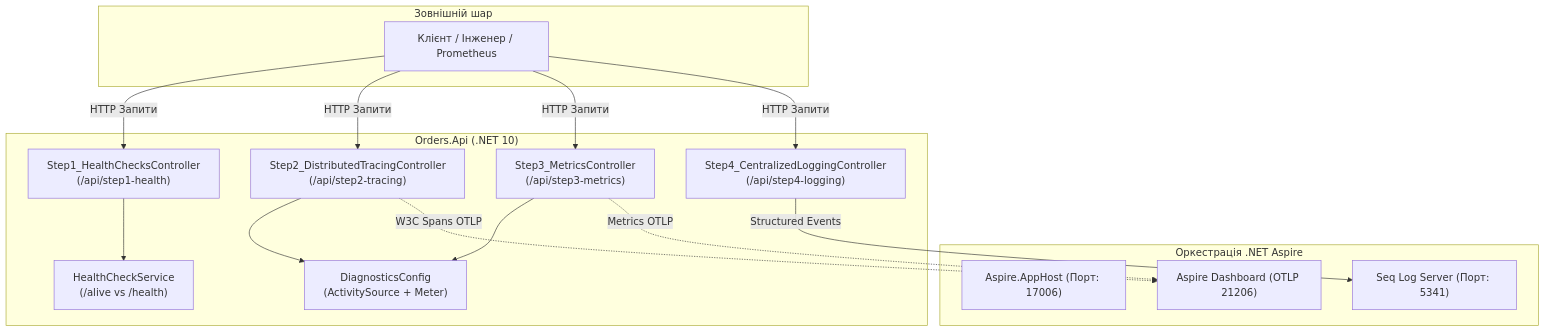
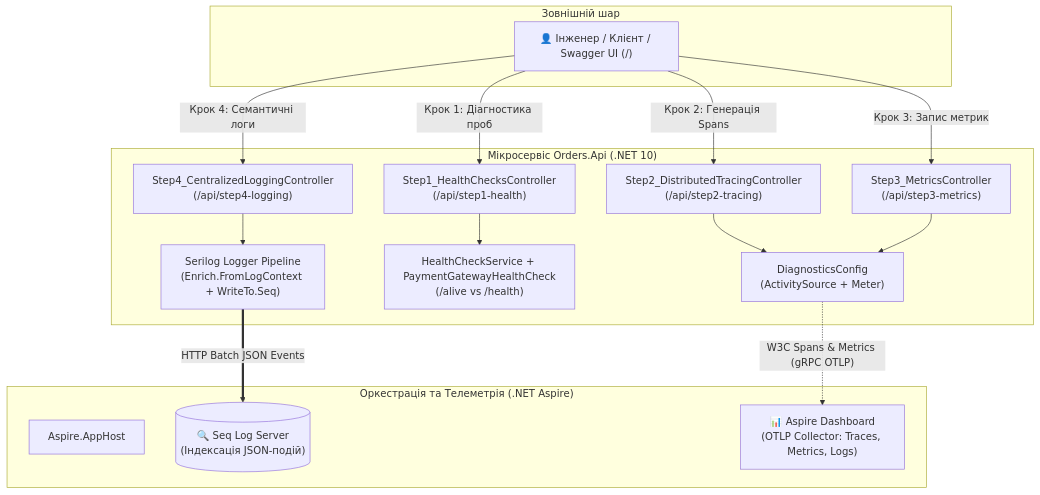
The first of 6 diagrams in 06-Observability-And-Centralized-Logging/STRUCTURE-AND-DATA-FLOW.md (MrTomkaYurii/Microservices-Aspire-Mastery), drawn with Mermaid before and after one commit. The commit also changed other lines of this file and 49 other files, not shown here.

````diff
--- a/06-Observability-And-Centralized-Logging/STRUCTURE-AND-DATA-FLOW.md
+++ b/06-Observability-And-Centralized-Logging/STRUCTURE-AND-DATA-FLOW.md
@@ -9,41 +9,36 @@
 ```mermaid
 flowchart TD
     subgraph ClientLayer ["Зовнішній шар"]
-        User["Клієнт / Інженер / Prometheus"]
+        User["👤 Інженер / Клієнт / Swagger UI (/)"]
     end
 
-    subgraph Orchestration ["Оркестрація .NET Aspire"]
-        AppHost["Aspire.AppHost (Порт: 17006)"]
-        SeqContainer["Seq Log Server (Порт: 5341)"]
-        Dashboard["Aspire Dashboard (OTLP 21206)"]
+    subgraph Orchestration ["Оркестрація та Телеметрія (.NET Aspire)"]
+        AppHost["Aspire.AppHost"]
+        SeqContainer[("🔍 Seq Log Server<br/>(Індексація JSON-подій)")]
+        Dashboard["📊 Aspire Dashboard<br/>(OTLP Collector: Traces, Metrics, Logs)"]
     end
 
-    subgraph Service ["Orders.Api (.NET 10)"]
-        Step1["Step1_HealthChecksController
-(/api/step1-health)"]
-        Step2["Step2_DistributedTracingController
-(/api/step2-tracing)"]
-        Step3["Step3_MetricsController
-(/api/step3-metrics)"]
-        Step4["Step4_CentralizedLoggingController
-(/api/step4-logging)"]
+    subgraph Service ["Мікросервіс Orders.Api (.NET 10)"]
+        Step1["Step1_HealthChecksController<br/>(/api/step1-health)"]
+        Step2["Step2_DistributedTracingController<br/>(/api/step2-tracing)"]
+        Step3["Step3_MetricsController<br/>(/api/step3-metrics)"]
+        Step4["Step4_CentralizedLoggingController<br/>(/api/step4-logging)"]
         
-        Diagnostics["DiagnosticsConfig
-(ActivitySource + Meter)"]
-        HealthProbes["HealthCheckService
-(/alive vs /health)"]
+        Diagnostics["DiagnosticsConfig<br/>(ActivitySource + Meter)"]
+        HealthProbes["HealthCheckService + PaymentGatewayHealthCheck<br/>(/alive vs /health)"]
+        SerilogPipeline["Serilog Logger Pipeline<br/>(Enrich.FromLogContext + WriteTo.Seq)"]
     end
 
-    User -->|HTTP Запити| Step1
-    User -->|HTTP Запити| Step2
-    User -->|HTTP Запити| Step3
-    User -->|HTTP Запити| Step4
+    User -->|"Крок 1: Діагностика проб"| Step1
+    User -->|"Крок 2: Генерація Spans"| Step2
+    User -->|"Крок 3: Запис метрик"| Step3
+    User -->|"Крок 4: Семантичні логи"| Step4
 
     Step1 --> HealthProbes
     Step2 --> Diagnostics
     Step3 --> Diagnostics
+    Step4 --> SerilogPipeline
 
-    Step2 -.->|W3C Spans OTLP| Dashboard
-    Step3 -.->|Metrics OTLP| Dashboard
-    Step4 -->|Structured Events| SeqContainer
+    Diagnostics -.->|"W3C Spans & Metrics (gRPC OTLP)"| Dashboard
+    SerilogPipeline ==>|"HTTP Batch JSON Events"| SeqContainer
 ```
````
